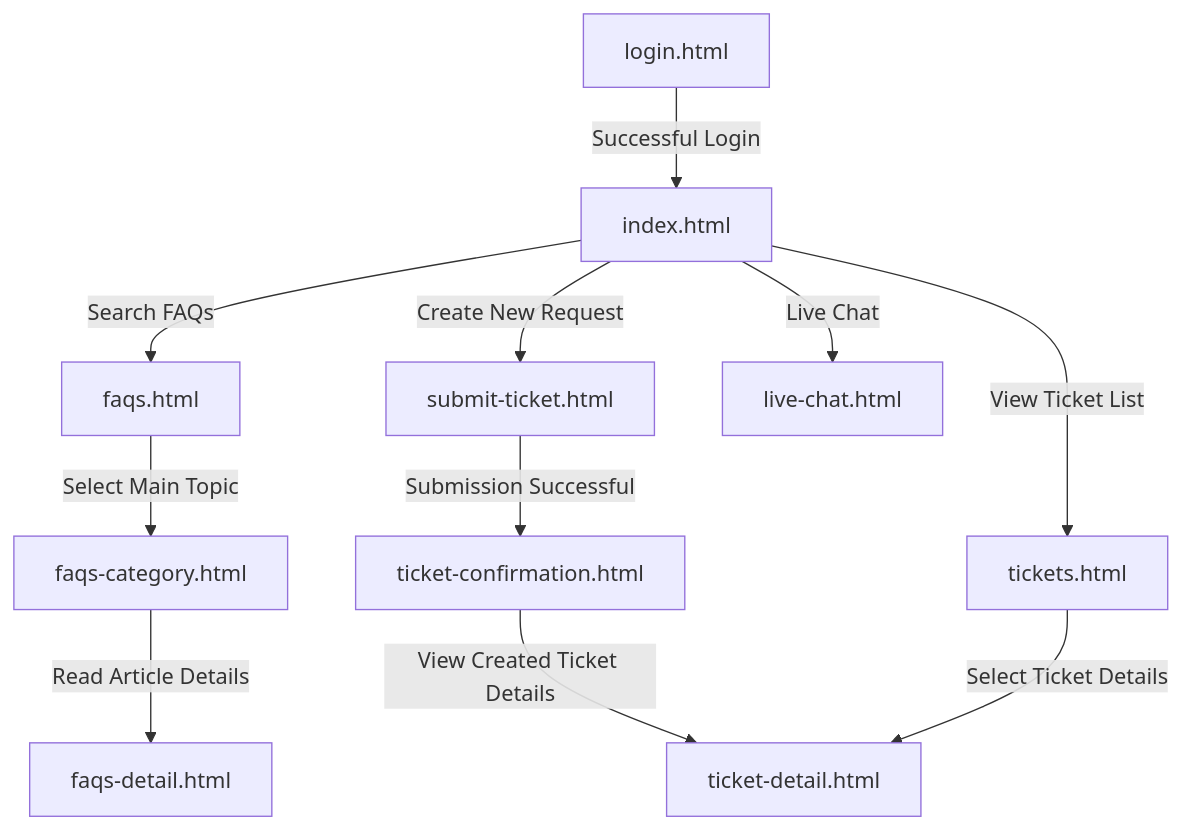
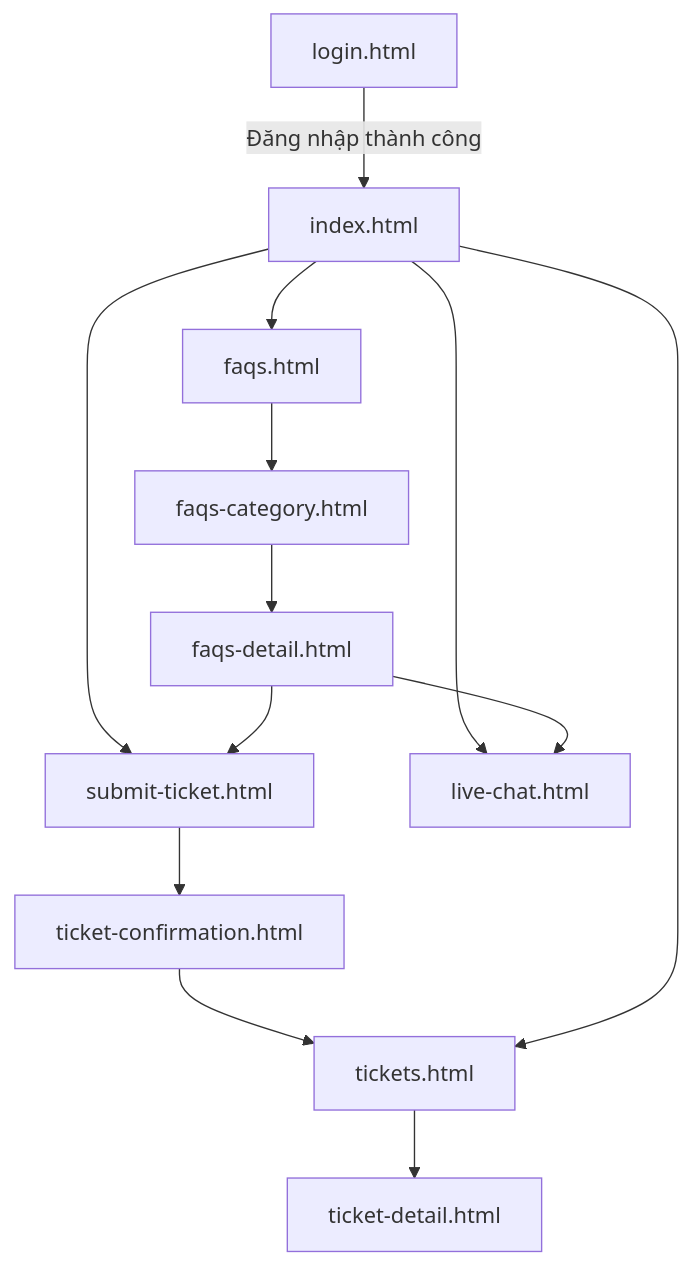
The first of 4 diagrams in readme.md (bichngocwork-ba/customer_view), drawn with Mermaid before and after one commit. The commit also changed other lines of this file, not shown here.

````diff
--- a/readme.md
+++ b/readme.md
@@ -19,17 +114,15 @@
 ```mermaid
-graph TD
-    A[login.html] -->|Successful Login| B[index.html]
-    
-    B -->|Search FAQs| C[faqs.html]
-    C -->|Select Main Topic| D[faqs-category.html]
-    D -->|Read Article Details| E[faqs-detail.html]
-    
-    B -->|Create New Request| F[submit-ticket.html]
-    F -->|Submission Successful| G[ticket-confirmation.html]
-    G -->|View Created Ticket Details| H[ticket-detail.html]
-    
-    B -->|View Ticket List| I[tickets.html]
-    I -->|Select Ticket Details| H
-    
-    B -->|Live Chat| J[live-chat.html]
+flowchart TD
+    L[login.html] -->|Đăng nhập thành công| H[index.html]
+    H --> F[faqs.html]
+    F --> C[faqs-category.html]
+    C --> D[faqs-detail.html]
+    H --> S[submit-ticket.html]
+    S --> X[ticket-confirmation.html]
+    X --> T[tickets.html]
+    H --> T
+    T --> TD[ticket-detail.html]
+    H --> AI[live-chat.html]
+    D --> S
+    D --> AI
 ```
````
